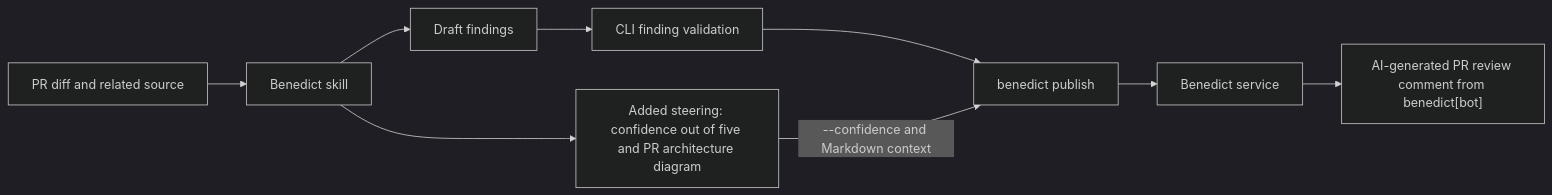
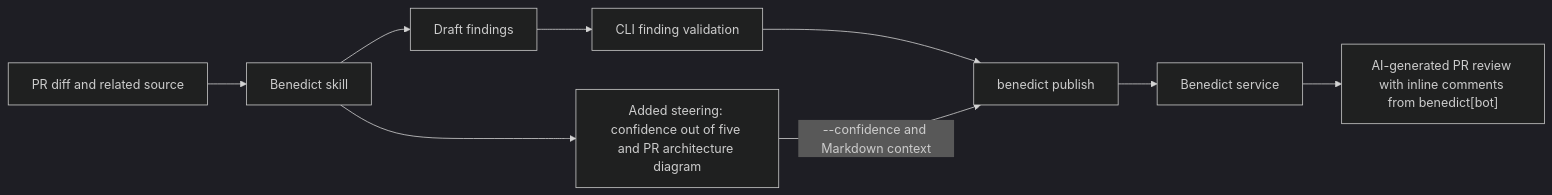
The diagram in README.md (josh-borseth-fp-ai/benedict), drawn with Mermaid (dark theme) before and after one commit. The commit also changed other lines of this file and 17 other files, not shown here.

First line of the commit message:
Post findings as inline review comments and rename stamp to approve

````diff
--- a/README.md
+++ b/README.md
@@ -34,11 +34,11 @@
 ```mermaid
 flowchart LR
     D["PR diff and related source"] --> S["Benedict skill"]
     S --> F["Draft findings"]
     F --> V["CLI finding validation"]
     S --> C["Added steering: confidence out of five and PR architecture diagram"]
     V --> P["benedict publish"]
     C -->|"--confidence and Markdown context"| P
     P --> B["Benedict service"]
-    B --> G["AI-generated PR review comment from benedict[bot]"]
+    B --> G["AI-generated PR review with inline comments from benedict[bot]"]
 ```
````
